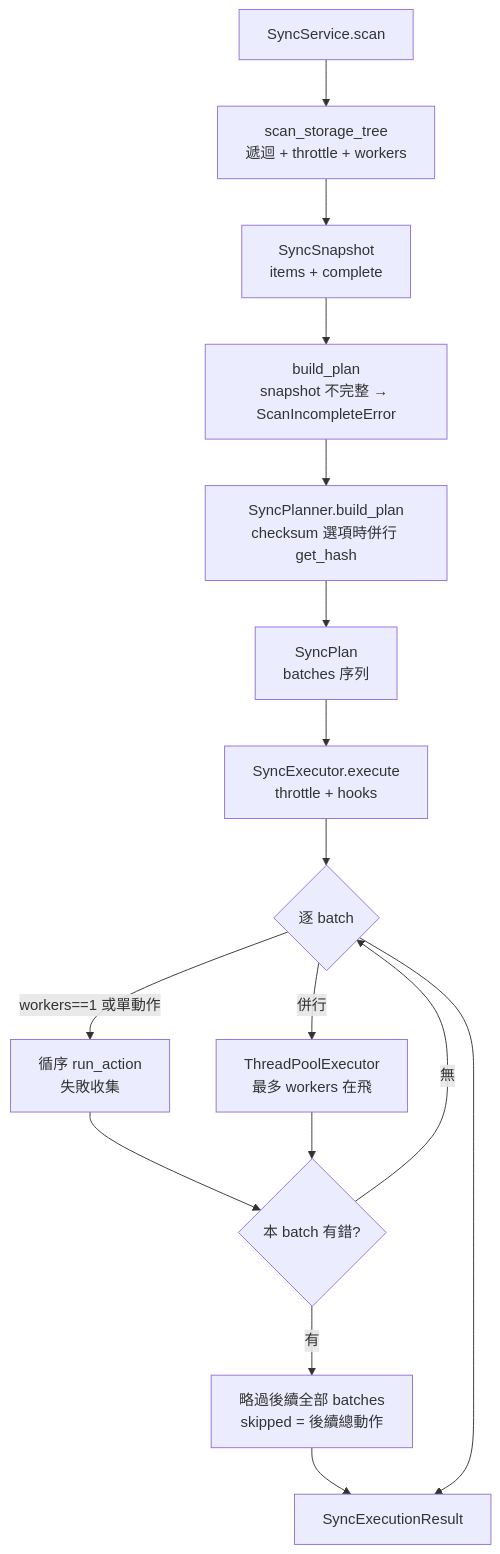
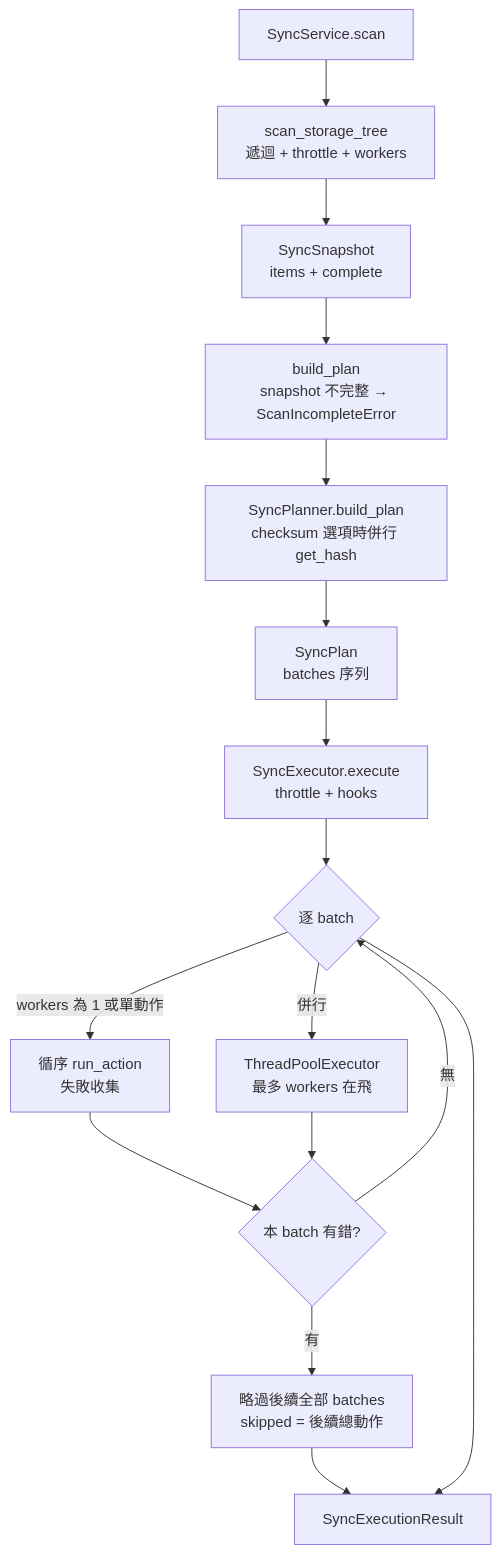
Before and after one commit to s96281/drive-unix: the third of 4 diagrams in docs/mechanisms/05-transfer-and-sync.md, drawn with Mermaid. The commit also changed other lines of this file and 11 other files, not shown here.

Commit message:
docs(mechanisms): quote all mermaid labels to fix rendering

````diff
--- a/docs/mechanisms/05-transfer-and-sync.md
+++ b/docs/mechanisms/05-transfer-and-sync.md
@@ -42,18 +42,18 @@
 ```mermaid
 flowchart TB
-    A[SyncService.scan] --> B[scan_storage_tree<br/>遞迴 + throttle + workers]
-    B --> C[SyncSnapshot<br/>items + complete]
-    C --> D[build_plan<br/>snapshot 不完整 → ScanIncompleteError]
-    D --> E[SyncPlanner.build_plan<br/>checksum 選項時併行 get_hash]
-    E --> F[SyncPlan<br/>batches 序列]
-    F --> G[SyncExecutor.execute<br/>throttle + hooks]
-    G --> H{逐 batch}
-    H -->|workers==1 或單動作| Seq[循序 run_action<br/>失敗收集]
-    H -->|併行| Par[ThreadPoolExecutor<br/>最多 workers 在飛]
-    Seq --> I{本 batch 有錯?}
+    A["SyncService.scan"] --> B["scan_storage_tree<br/>遞迴 + throttle + workers"]
+    B --> C["SyncSnapshot<br/>items + complete"]
+    C --> D["build_plan<br/>snapshot 不完整 → ScanIncompleteError"]
+    D --> E["SyncPlanner.build_plan<br/>checksum 選項時併行 get_hash"]
+    E --> F["SyncPlan<br/>batches 序列"]
+    F --> G["SyncExecutor.execute<br/>throttle + hooks"]
+    G --> H{"逐 batch"}
+    H -->|workers 為 1 或單動作| Seq["循序 run_action<br/>失敗收集"]
+    H -->|併行| Par["ThreadPoolExecutor<br/>最多 workers 在飛"]
+    Seq --> I{"本 batch 有錯?"}
     Par --> I
-    I -->|有| J[略過後續全部 batches<br/>skipped = 後續總動作]
+    I -->|有| J["略過後續全部 batches<br/>skipped = 後續總動作"]
     I -->|無| H
-    J --> Result[SyncExecutionResult]
+    J --> Result["SyncExecutionResult"]
     H --> Result
 ```
````
